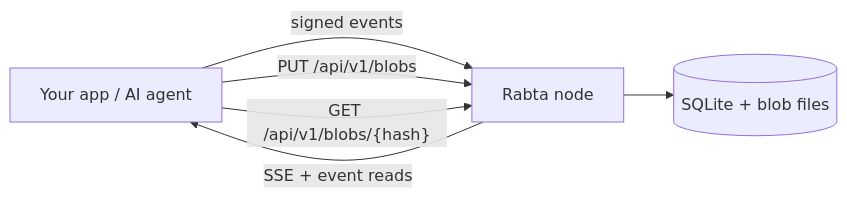
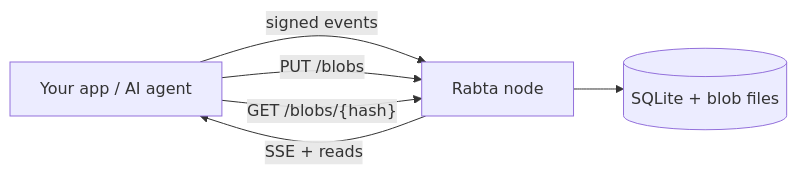
One commit to rabta-protocol/rabta changed the diagram in README.md. Above: the diagram before and after it, drawn with Mermaid. The commit also changed other lines of this file and 1 other file, not shown here.

````diff
--- a/README.md
+++ b/README.md
@@ -82,8 +73,8 @@
 ```mermaid
 flowchart LR
     app["Your app / AI agent"] -->|"signed events"| node["Rabta node"]
-    node -->|"SSE + event reads"| app
-    app -->|"PUT /api/v1/blobs"| node
-    app -->|"GET /api/v1/blobs/{hash}"| node
+    node -->|"SSE + reads"| app
+    app -->|"PUT /blobs"| node
+    app -->|"GET /blobs/{hash}"| node
     node --> store[("SQLite + blob files")]
 ```
````
